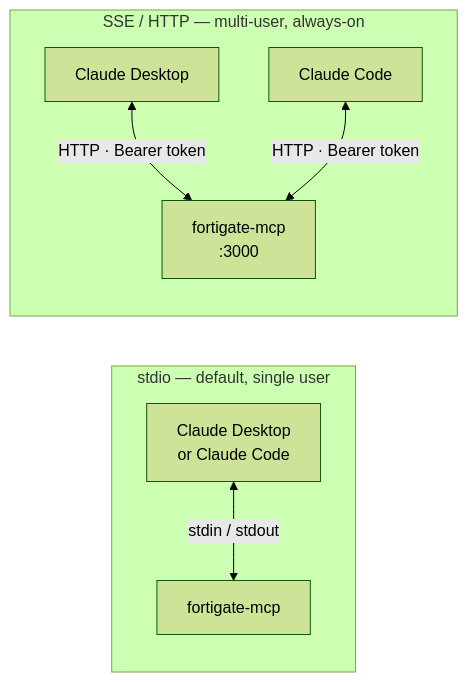
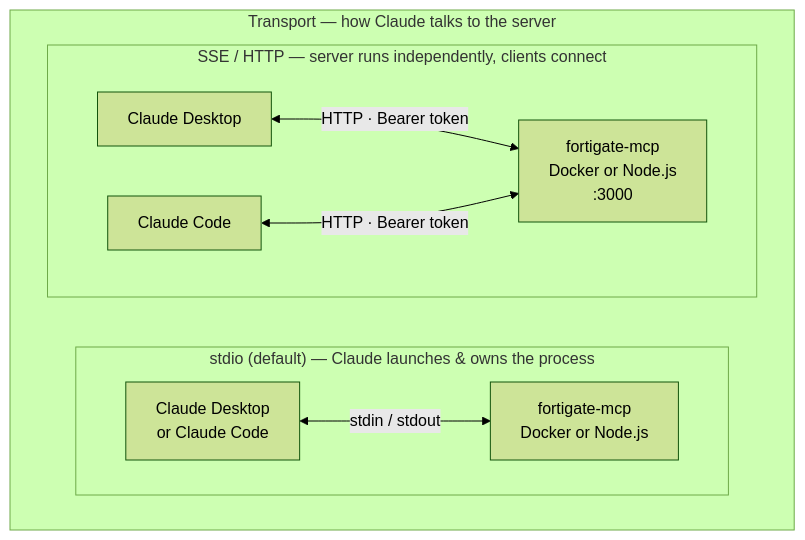
Before and after one commit to ivillagomez/fortigate-mcp: the third of 3 diagrams in README.md, drawn with Mermaid (forest theme).

Commit message:
docs: clarify runtime vs transport in SSE diagram
Both Docker and Node.js are valid runtimes for both stdio and SSE
transport — updated diagram labels to make this clear.

````diff
--- a/README.md
+++ b/README.md
@@ -474,16 +474,20 @@
 ```mermaid
-graph LR
-    subgraph stdio["stdio — default, single user"]
-        CD1["Claude Desktop\nor Claude Code"]
-        MCP1["fortigate-mcp"]
-        CD1 <-->|"stdin / stdout"| MCP1
-    end
+graph TB
+    subgraph transport["Transport — how Claude talks to the server"]
+        subgraph stdio["stdio (default) — Claude launches &amp; owns the process"]
+            direction LR
+            CD1["Claude Desktop\nor Claude Code"]
+            MCP1["fortigate-mcp\nDocker or Node.js"]
+            CD1 <-->|"stdin / stdout"| MCP1
+        end
 
-    subgraph sse["SSE / HTTP — multi-user, always-on"]
-        CD2["Claude Desktop"]
-        CC2["Claude Code"]
-        MCP2["fortigate-mcp\n:3000"]
-        CD2 <-->|"HTTP · Bearer token"| MCP2
-        CC2 <-->|"HTTP · Bearer token"| MCP2
+        subgraph sse["SSE / HTTP — server runs independently, clients connect"]
+            direction LR
+            CD2["Claude Desktop"]
+            CC2["Claude Code"]
+            MCP2["fortigate-mcp\nDocker or Node.js\n:3000"]
+            CD2 <-->|"HTTP · Bearer token"| MCP2
+            CC2 <-->|"HTTP · Bearer token"| MCP2
+        end
     end
 ```
````
